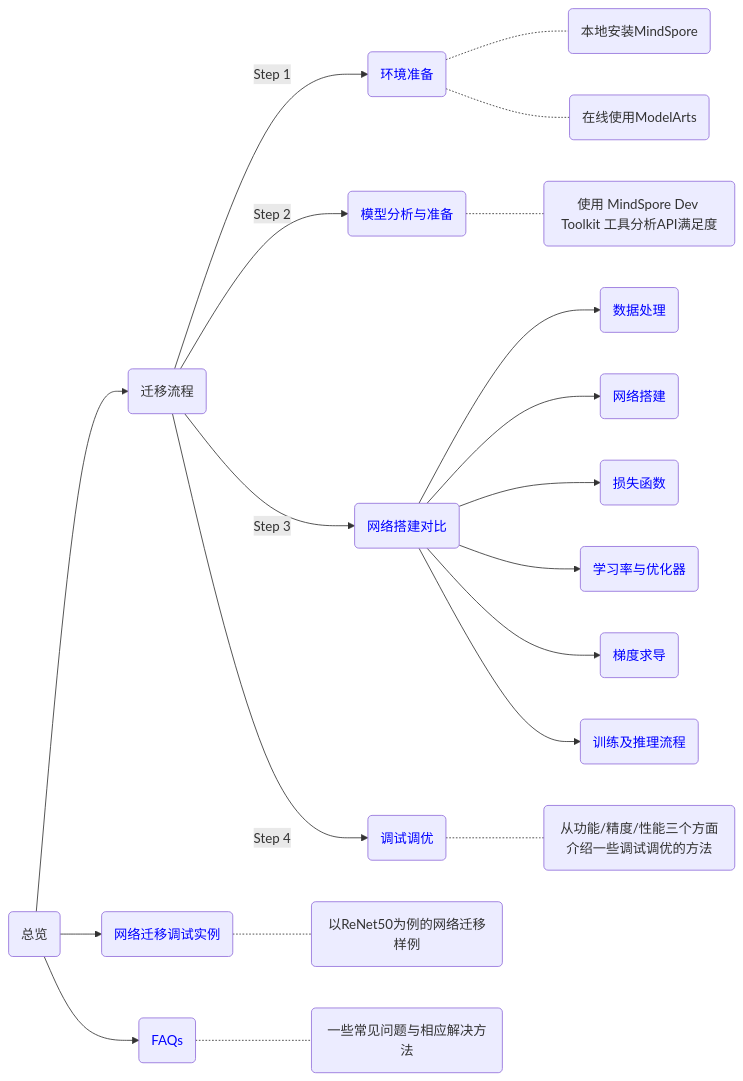
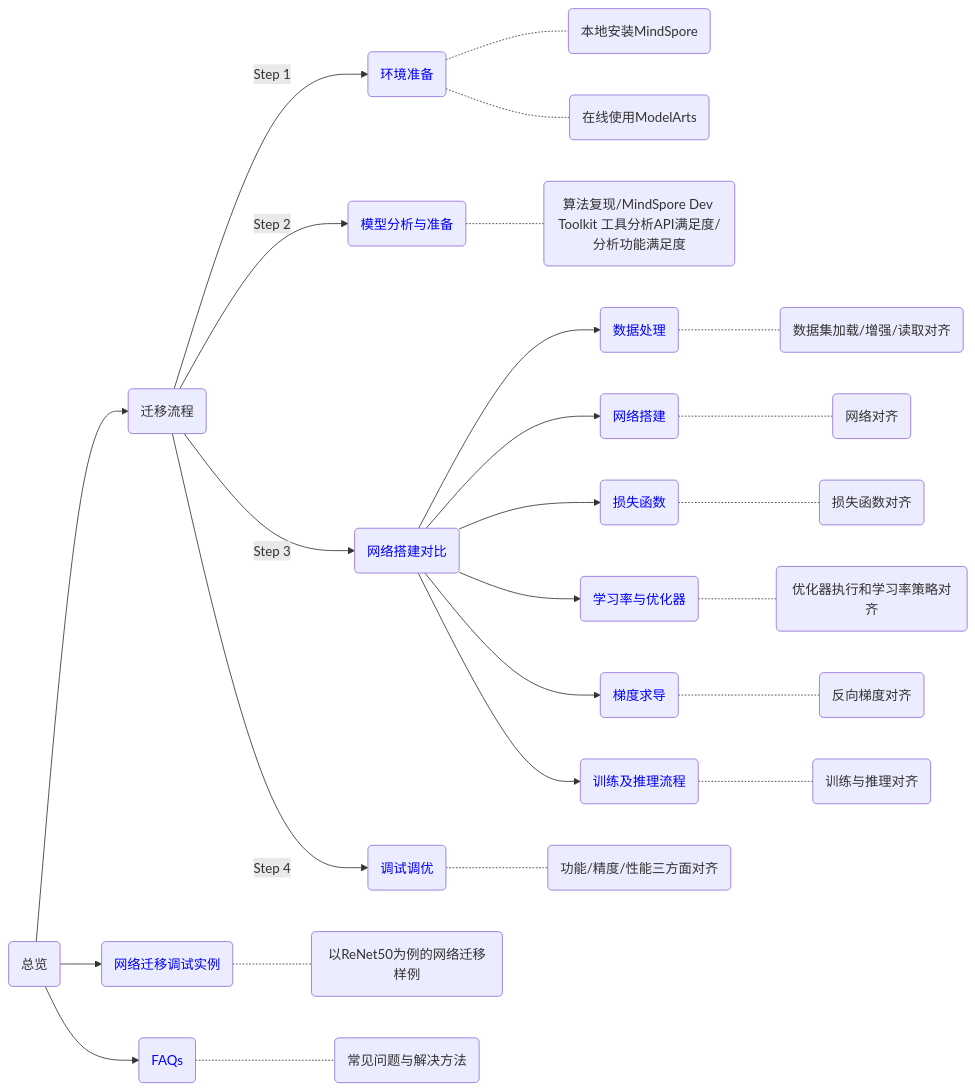
The diagram in docs/mindspore/source_zh_cn/migration_guide/overview.md (mindspore-ai/docs), drawn with Mermaid before and after one commit. The commit also changed 9 other files, not shown here.

````diff
--- a/docs/mindspore/source_zh_cn/migration_guide/overview.md
+++ b/docs/mindspore/source_zh_cn/migration_guide/overview.md
@@ -7,37 +7,43 @@
 ```{mermaid}
 graph LR
 A(总览)-->B(迁移流程)
 B-->|Step 1|E(<font color=blue>环境准备</font>)
 E-.-text1(本地安装MindSpore)
 E-.-text2(在线使用ModelArts)
 B-->|Step 2|F(<font color=blue>模型分析与准备</font>)
-F-.-text3(使用 MindSpore Dev Toolkit 工具分析API满足度)
+F-.-text3(算法复现/MindSpore Dev Toolkit 工具分析API满足度/分析功能满足度)
 B-->|Step 3|G(<font color=blue>网络搭建对比</font>)
 G-->I(<font color=blue>数据处理</font>)
+I-.-text4(数据集加载/增强/读取对齐)
 G-->J(<font color=blue>网络搭建</font>)
+J-.-text5(网络对齐)
 G-->N(<font color=blue>损失函数</font>)
+N-.-text6(损失函数对齐)
 G-->K(<font color=blue>学习率与优化器</font>)
+K-.-text7(优化器执行和学习率策略对齐)
 G-->L(<font color=blue>梯度求导</font>)
+L-.-text8(反向梯度对齐)
 G-->M(<font color=blue>训练及推理流程</font>)
+M-.-text9(训练与推理对齐)
 B-->|Step 4|H(<font color=blue>调试调优</font>)
-H-.-text4(从功能/精度/性能三个方面介绍一些调试调优的方法)
+H-.-text10(功能/精度/性能三方面对齐)
 A-->C(<font color=blue>网络迁移调试实例</font>)
-C-.-text5(以ReNet50为例的网络迁移样例)
+C-.-text11(以ReNet50为例的网络迁移样例)
 A-->D(<font color=blue>FAQs</font>)
-D-.-text6(一些常见问题与相应解决方法)
+D-.-text12(常见问题与解决方法)
 
 click C "https://www.mindspore.cn/docs/zh-CN/master/migration_guide/sample_code.html"
 click D "https://www.mindspore.cn/docs/zh-CN/master/migration_guide/faq.html"
 
 click E "https://www.mindspore.cn/docs/zh-CN/master/migration_guide/enveriment_preparation.html"
 click F "https://www.mindspore.cn/docs/zh-CN/master/migration_guide/analysis_and_preparation.html"
 click G "https://www.mindspore.cn/docs/zh-CN/master/migration_guide/model_development/model_development.html"
 click H "https://www.mindspore.cn/docs/zh-CN/master/migration_guide/debug_and_tune.html"
 
 click I "https://www.mindspore.cn/docs/zh-CN/master/migration_guide/model_development/dataset.html"
 click J "https://www.mindspore.cn/docs/zh-CN/master/migration_guide/model_development/model_and_cell.html"
 click K "https://www.mindspore.cn/docs/zh-CN/master/migration_guide/model_development/learning_rate_and_optimizer.html"
 click L "https://www.mindspore.cn/docs/zh-CN/master/migration_guide/model_development/gradient.html"
 click M "https://www.mindspore.cn/docs/zh-CN/master/migration_guide/model_development/training_and_evaluation.html"
 click N "https://www.mindspore.cn/docs/zh-CN/master/migration_guide/model_development/loss_function.html"
 ```
````
